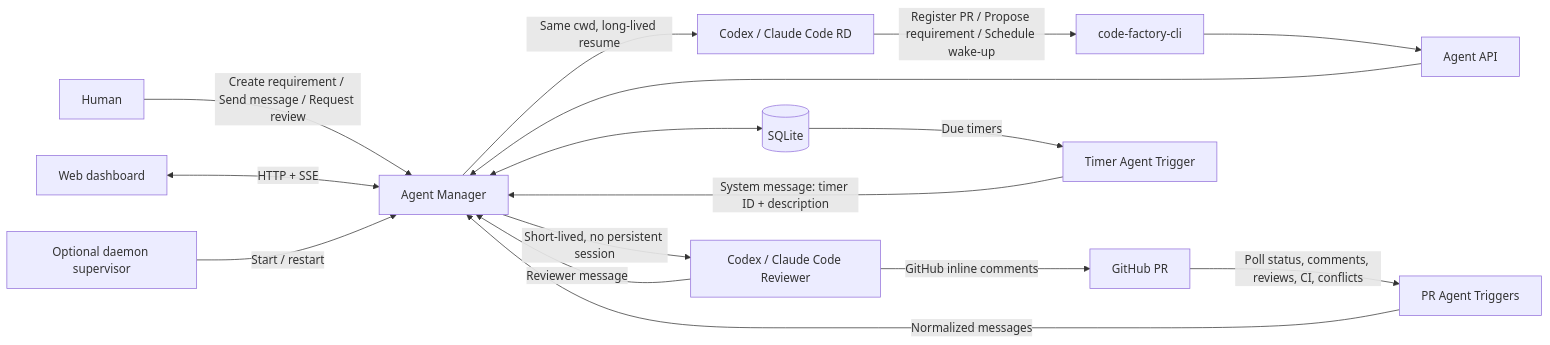
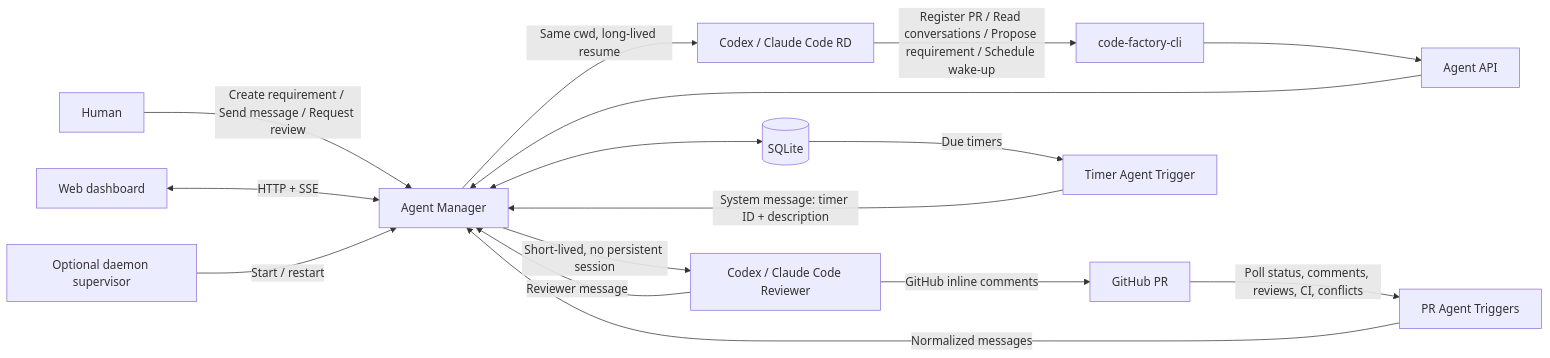
One commit to luohaha/code-factory changed the second of 2 diagrams in docs/architecture.en.md. Above: the diagram before and after it, drawn with Mermaid. The commit also changed other lines of this file and 14 other files, not shown here.

Commit message:
feat: add paginated requirement conversation CLI

```diff
--- a/docs/architecture.en.md
+++ b/docs/architecture.en.md
@@ -30,18 +30,18 @@
 ~~~mermaid
 flowchart LR
   H[Human] -->|Create requirement / Send message / Request review| M[Agent Manager]
   W[Web dashboard] <-->|HTTP + SSE| M
   S[Optional daemon supervisor] -->|Start / restart| M
   M <--> DB[(SQLite)]
   M -->|Same cwd, long-lived resume| RD[Codex / Claude Code RD]
   M -->|Short-lived, no persistent session| RV[Codex / Claude Code Reviewer]
-  RD -->|Register PR / Propose requirement / Schedule wake-up| CLI[code-factory-cli]
+  RD -->|Register PR / Read conversations / Propose requirement / Schedule wake-up| CLI[code-factory-cli]
   CLI --> API[Agent API]
   API --> M
   RV -->|GitHub inline comments| GH[GitHub PR]
   GH -->|Poll status, comments, reviews, CI, conflicts| T[PR Agent Triggers]
   DB -->|Due timers| ST[Timer Agent Trigger]
   ST -->|System message: timer ID + description| M
   T -->|Normalized messages| M
   RV -->|Reviewer message| M
 ~~~
```
